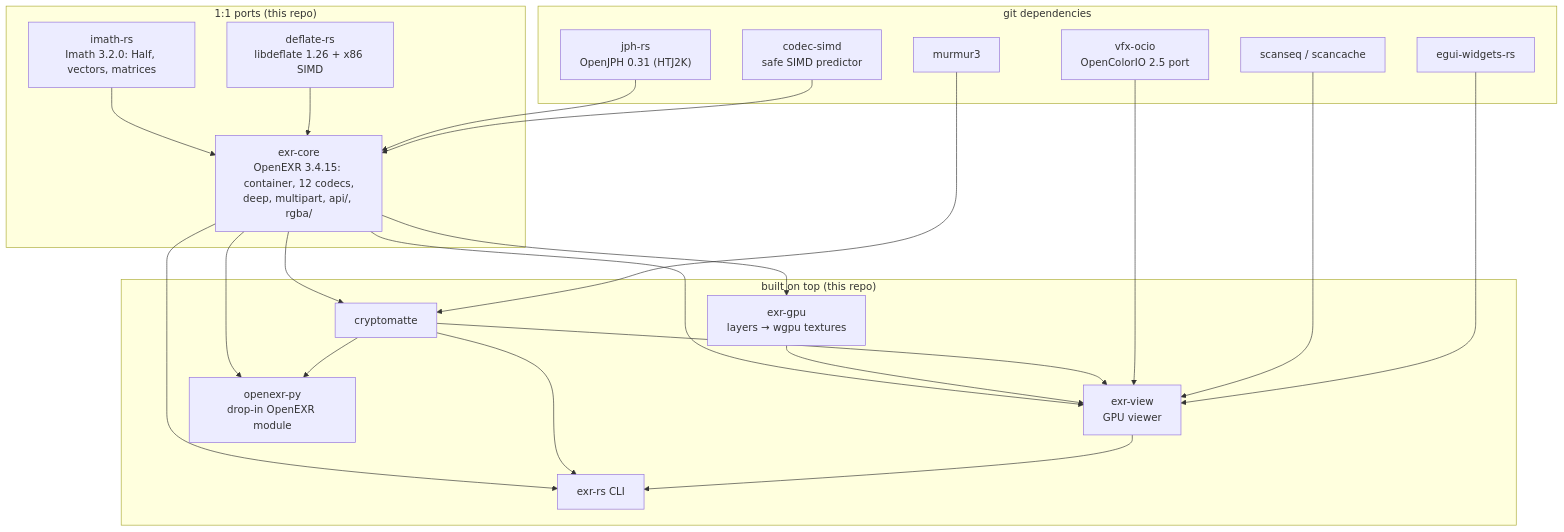
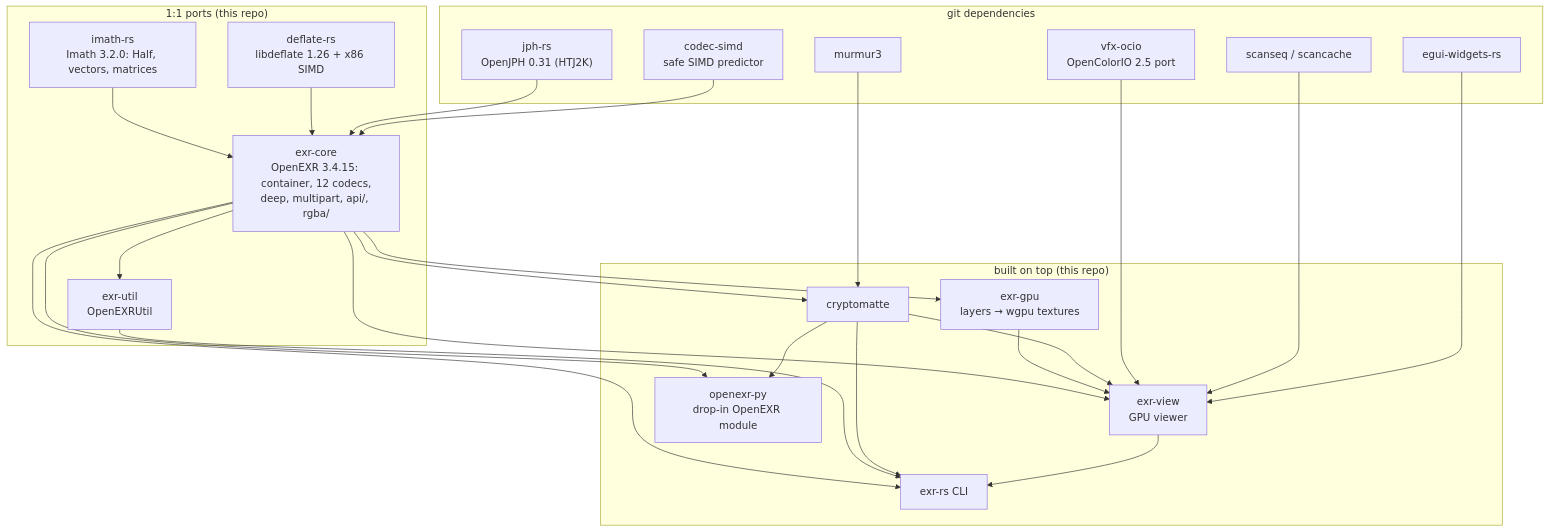
Before and after one commit to ssoj13/exr-rs: the first of 4 diagrams in README.md, drawn with Mermaid. The commit also changed other lines of this file and 18 other files, not shown here.

````diff
--- a/README.md
+++ b/README.md
@@ -103,44 +103,47 @@
 ```mermaid
 flowchart TB
     subgraph ports["1:1 ports (this repo)"]
         imath["imath-rs<br/>Imath 3.2.0: Half, vectors, matrices"]
         deflate["deflate-rs<br/>libdeflate 1.26 + x86 SIMD"]
         core["exr-core<br/>OpenEXR 3.4.15: container, 12 codecs,<br/>deep, multipart, api/, rgba/"]
+        util["exr-util<br/>OpenEXRUtil"]
     end
 
     subgraph ext["git dependencies"]
         jph["jph-rs<br/>OpenJPH 0.31 (HTJ2K)"]
         simd["codec-simd<br/>safe SIMD predictor"]
         mm["murmur3"]
         ocio["vfx-ocio<br/>OpenColorIO 2.5 port"]
         seq["scanseq / scancache"]
         widgets["egui-widgets-rs"]
     end
 
     subgraph built["built on top (this repo)"]
         crypto["cryptomatte"]
         gpu["exr-gpu<br/>layers → wgpu textures"]
         view["exr-view<br/>GPU viewer"]
         py["openexr-py<br/>drop-in OpenEXR module"]
         cli["exr-rs CLI"]
     end
 
     imath --> core
     deflate --> core
     jph --> core
     simd --> core
     core --> crypto
     mm --> crypto
     core --> gpu
     core --> view
     gpu --> view
     crypto --> view
     ocio --> view
     seq --> view
     widgets --> view
     core --> py
     crypto --> py
     core --> cli
+    core --> util
+    util --> cli
     crypto --> cli
     view --> cli
 ```
````
